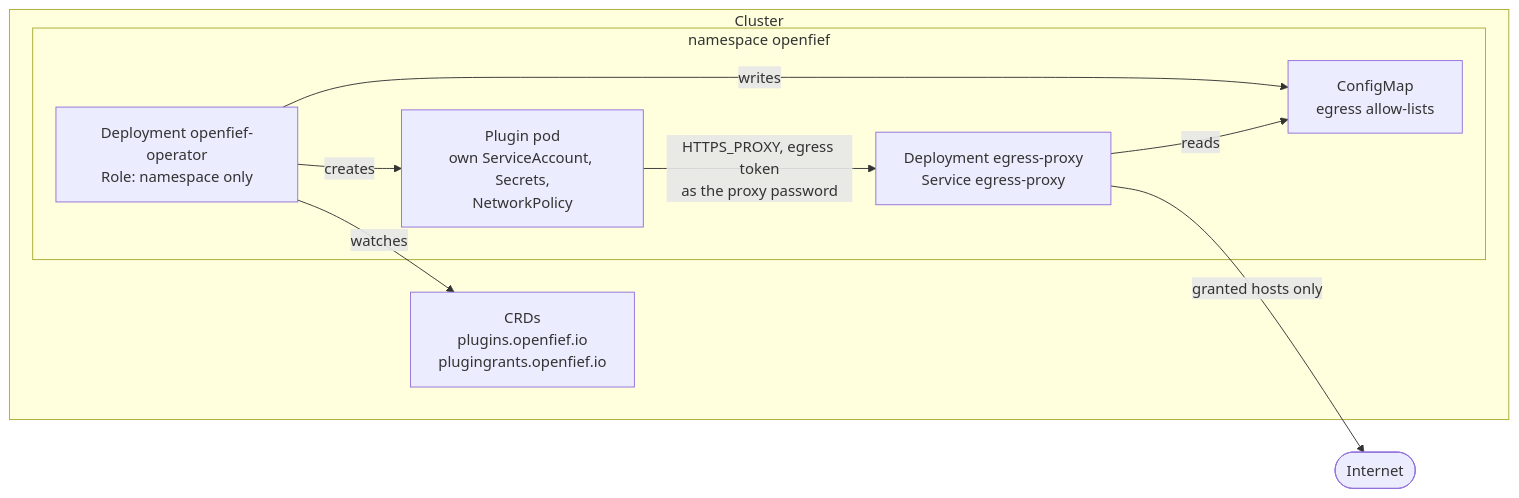
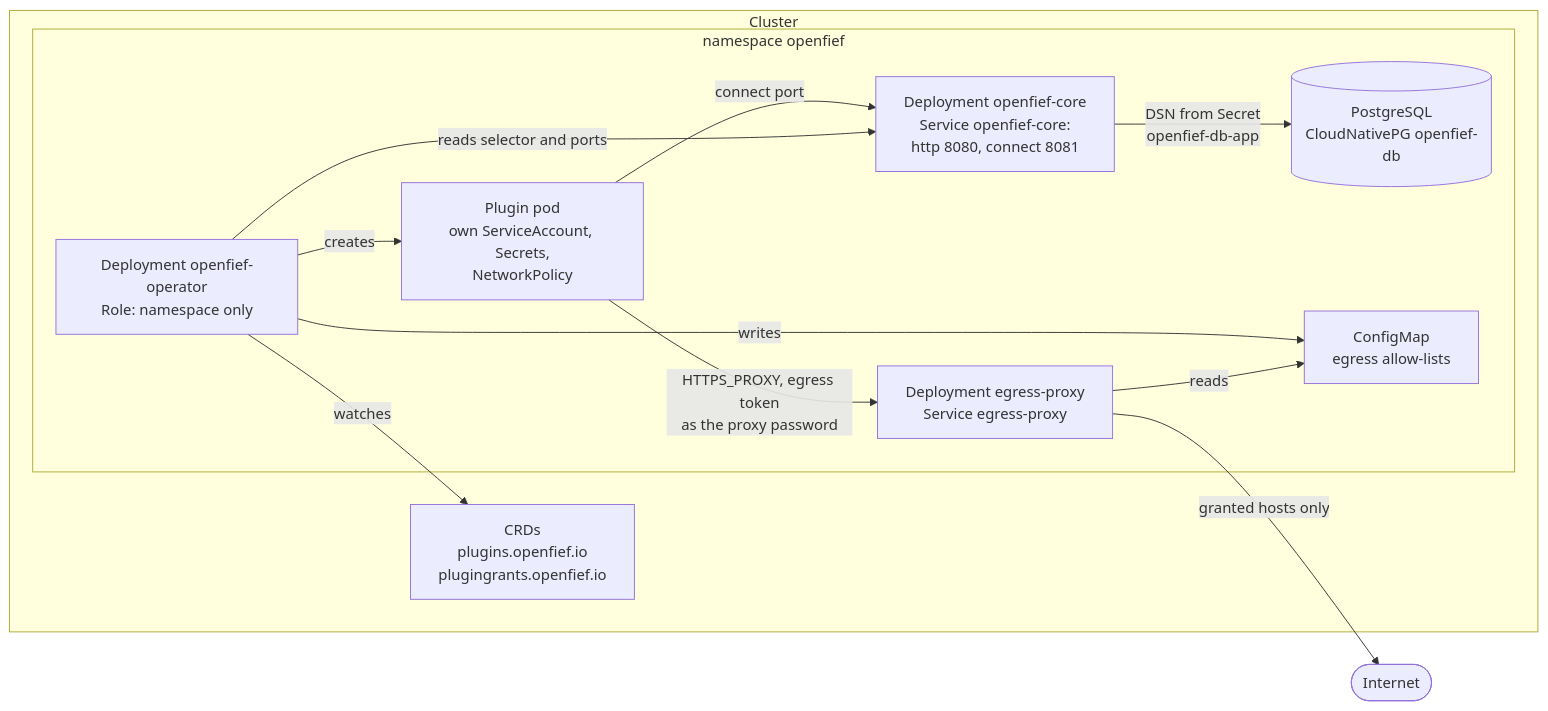
The fourth of 5 diagrams in docs/architecture.md (arkadiuss/openfief), drawn with Mermaid before and after one commit. The commit also changed other lines of this file and 103 other files, not shown here.

````diff
--- a/docs/architecture.md
+++ b/docs/architecture.md
@@ -112,19 +113,24 @@
 ```mermaid
 flowchart LR
   subgraph cluster["Cluster"]
     crds["CRDs<br/>plugins.openfief.io<br/>plugingrants.openfief.io"]
     subgraph ns["namespace openfief"]
       op["Deployment openfief-operator<br/>Role: namespace only"]
+      core["Deployment openfief-core<br/>Service openfief-core:<br/>http 8080, connect 8081"]
+      db[("PostgreSQL<br/>CloudNativePG openfief-db")]
       px["Deployment egress-proxy<br/>Service egress-proxy"]
       p1["Plugin pod<br/>own ServiceAccount, Secrets,<br/>NetworkPolicy"]
       cm["ConfigMap<br/>egress allow-lists"]
     end
   end
   internet(["Internet"])
+  core -- "DSN from Secret<br/>openfief-db-app" --> db
+  p1 -- "connect port" --> core
+  op -- "reads selector and ports" --> core
   op -- "watches" --> crds
   op -- "creates" --> p1
   op -- "writes" --> cm
   px -- "reads" --> cm
   p1 -- "HTTPS_PROXY, egress token<br/>as the proxy password" --> px
   px -- "granted hosts only" --> internet
 ```
````
